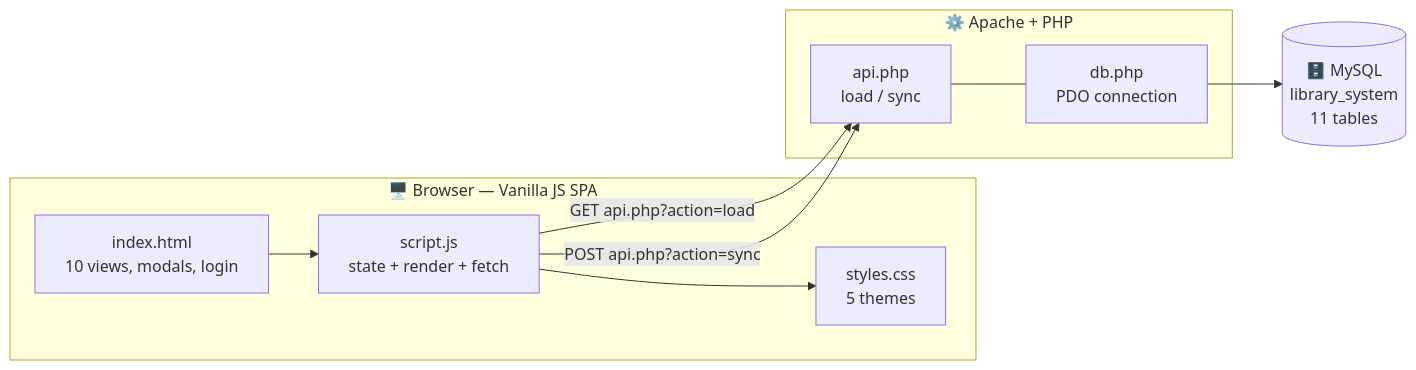
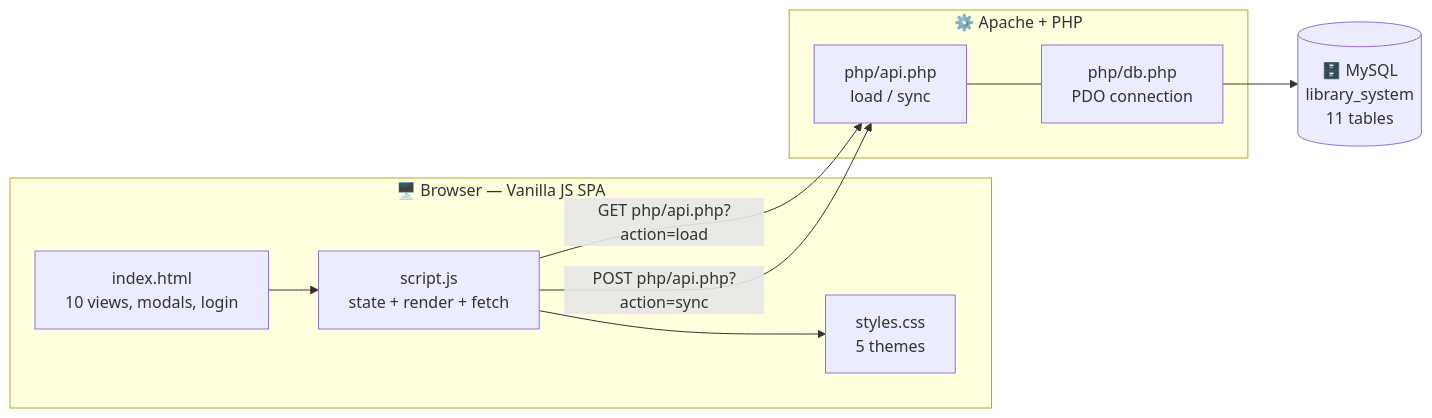
One commit to Ashborn1/LMS changed the diagram in README.md. Above: the diagram before and after it, drawn with Mermaid. The commit also changed other lines of this file and 5 other files, not shown here.

````diff
--- a/README.md
+++ b/README.md
@@ -75,20 +75,20 @@
 ```mermaid
 flowchart LR
     subgraph Browser["🖥️ Browser — Vanilla JS SPA"]
         UI["index.html<br/>10 views, modals, login"]
         JS["script.js<br/>state + render + fetch"]
         CSS["styles.css<br/>5 themes"]
         UI --> JS --> CSS
     end
 
     subgraph Server["⚙️ Apache + PHP"]
-        API["api.php<br/>load / sync"]
-        DB["db.php<br/>PDO connection"]
+        API["php/api.php<br/>load / sync"]
+        DB["php/db.php<br/>PDO connection"]
         API --- DB
     end
 
     DB --> SQL[("🗄️ MySQL<br/>library_system<br/>11 tables")]
 
-    JS -- "GET api.php?action=load" --> API
-    JS -- "POST api.php?action=sync" --> API
+    JS -- "GET php/api.php?action=load" --> API
+    JS -- "POST php/api.php?action=sync" --> API
 ```
````
